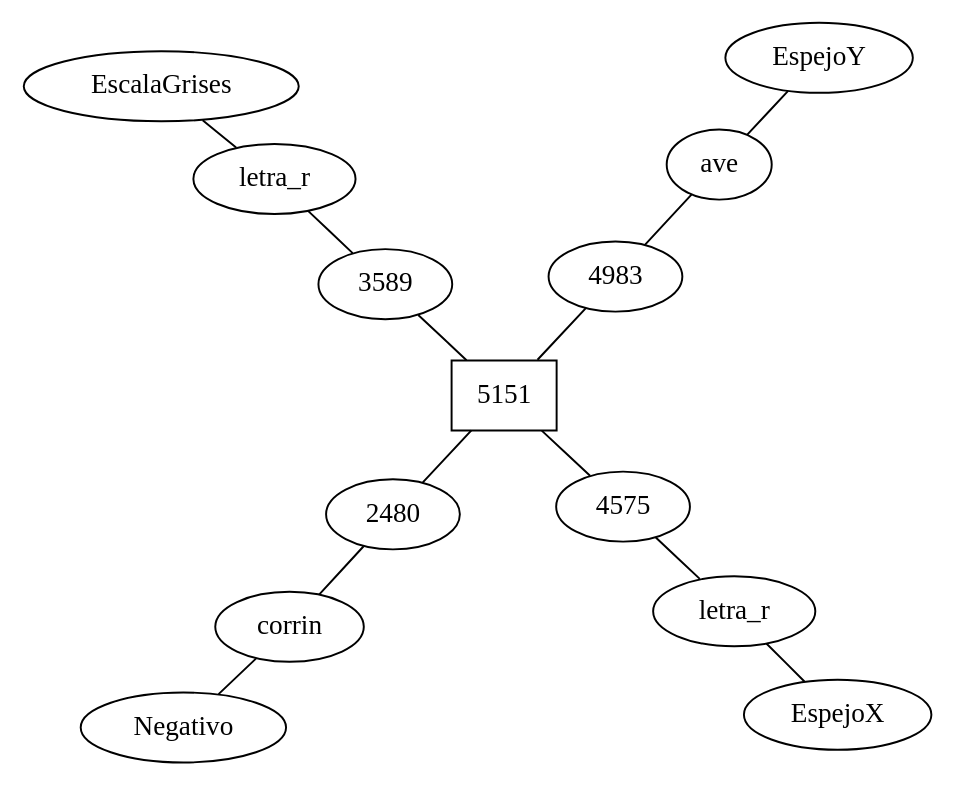
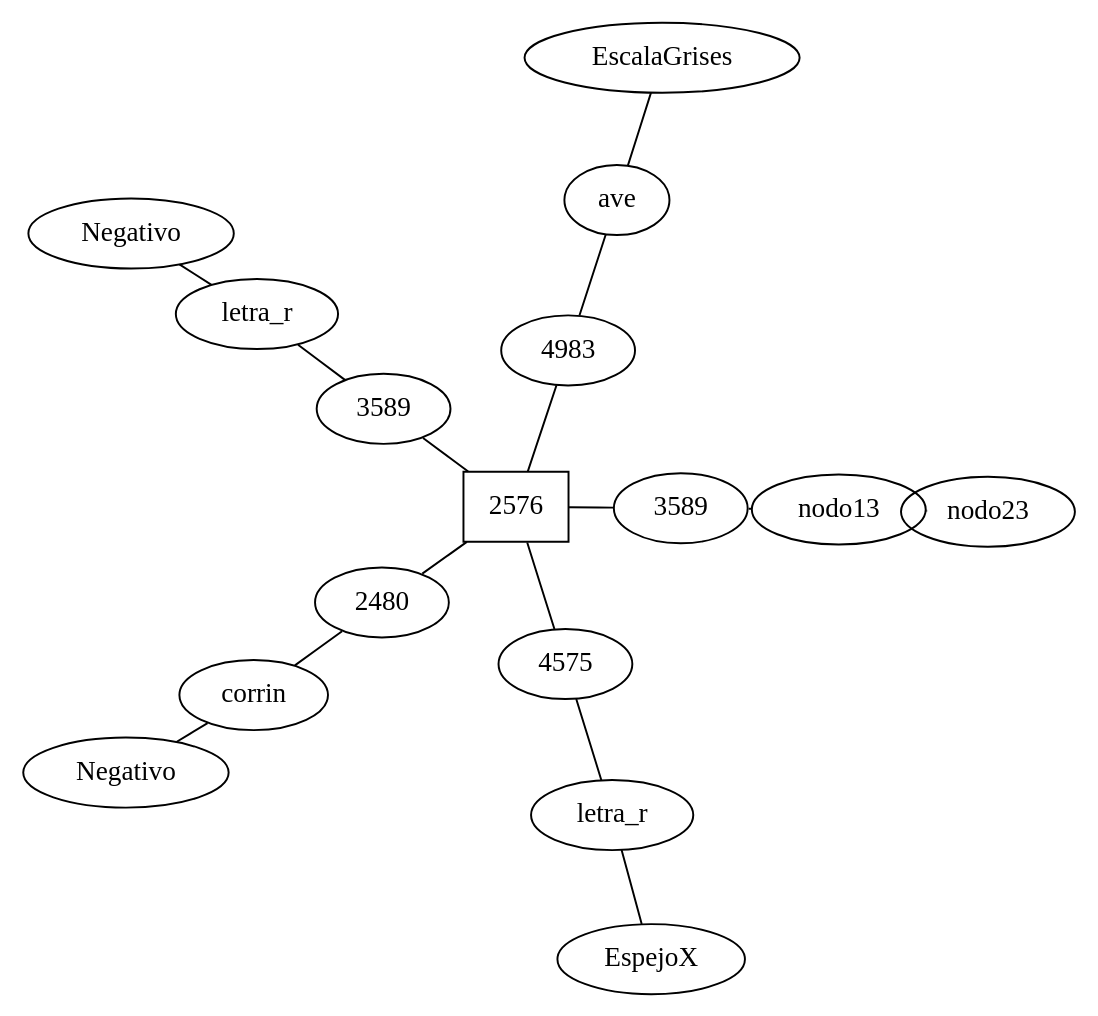
The diagram in Fase2/BACKEND/Reportes/grafo.dot (Ssolares0/EDD_VJ1S2023_PY_202004822), drawn with Graphviz before and after one commit. The commit also changed 13 other files, not shown here.

```diff
--- a/Fase2/BACKEND/Reportes/grafo.dot
+++ b/Fase2/BACKEND/Reportes/grafo.dot
@@ -1,23 +1,25 @@
 graph grafoDirigido{ 
  rankdir=LR; 
  node [shape=box]; layout=neato; 
- nodo00[label="5151"]; 
+ nodo00[label="2576"]; 
 node [shape = ellipse]; 
 nodo01[label="2480" ]; 
 nodo11[label="corrin" ]; 
 nodo21[label="Negativo" ]; 
 nodo02[label="3589" ]; 
 nodo12[label="letra_r" ]; 
-nodo22[label="EscalaGrises" ]; 
-nodo03[label="4575" ]; 
-nodo13[label="letra_r" ]; 
-nodo23[label="EspejoX" ]; 
-nodo04[label="4983" ]; 
-nodo14[label="ave" ]; 
-nodo24[label="EspejoY" ]; 
+nodo22[label="Negativo" ]; 
+nodo03[label="3589" ]; 
+nodo04[label="4575" ]; 
+nodo14[label="letra_r" ]; 
+nodo24[label="EspejoX" ]; 
+nodo05[label="4983" ]; 
+nodo15[label="ave" ]; 
+nodo25[label="EscalaGrises" ]; 
 nodo00 -- nodo01 -- nodo11 -- nodo21[len=1.00]; 
 nodo00 -- nodo02 -- nodo12 -- nodo22[len=1.00]; 
 nodo00 -- nodo03 -- nodo13 -- nodo23[len=1.00]; 
 nodo00 -- nodo04 -- nodo14 -- nodo24[len=1.00]; 
+nodo00 -- nodo05 -- nodo15 -- nodo25[len=1.00]; 
 
 }
```
